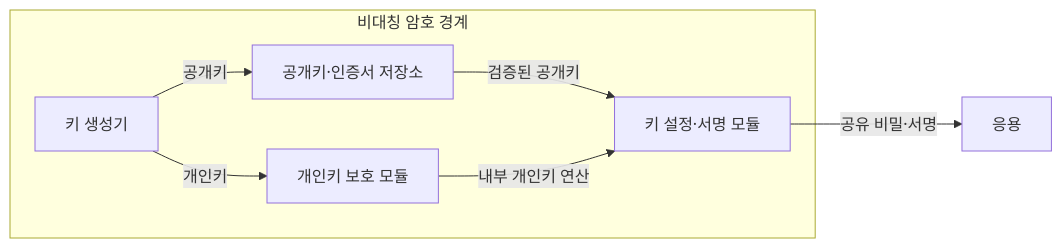
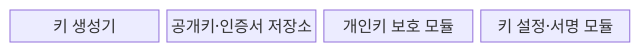
The first of 2 diagrams in src/content/docs/notes/05-security/002_asymmetric_encryption.md (agnusdei1207/knowledge-base), drawn with Mermaid before and after one commit. The commit also changed other lines of this file and 22 other files, not shown here.

````diff
--- a/src/content/docs/notes/05-security/002_asymmetric_encryption.md
+++ b/src/content/docs/notes/05-security/002_asymmetric_encryption.md
@@ -62,14 +64,8 @@
 ```mermaid
-flowchart LR
-    subgraph SYS["비대칭 암호 경계"]
-        G["키 생성기"]
-        C["공개키·인증서 저장소"]
-        H["개인키 보호 모듈"]
-        E["키 설정·서명 모듈"]
-        G -->|"공개키"| C
-        G -->|"개인키"| H
-        C -->|"검증된 공개키"| E
-        H -->|"내부 개인키 연산"| E
-    end
-    E -->|"공유 비밀·서명"| A["응용"]
+block-beta
+    columns 4
+    A["키 생성기"]
+    B["공개키·인증서 저장소"]
+    C["개인키 보호 모듈"]
+    D["키 설정·서명 모듈"]
 ```
````
